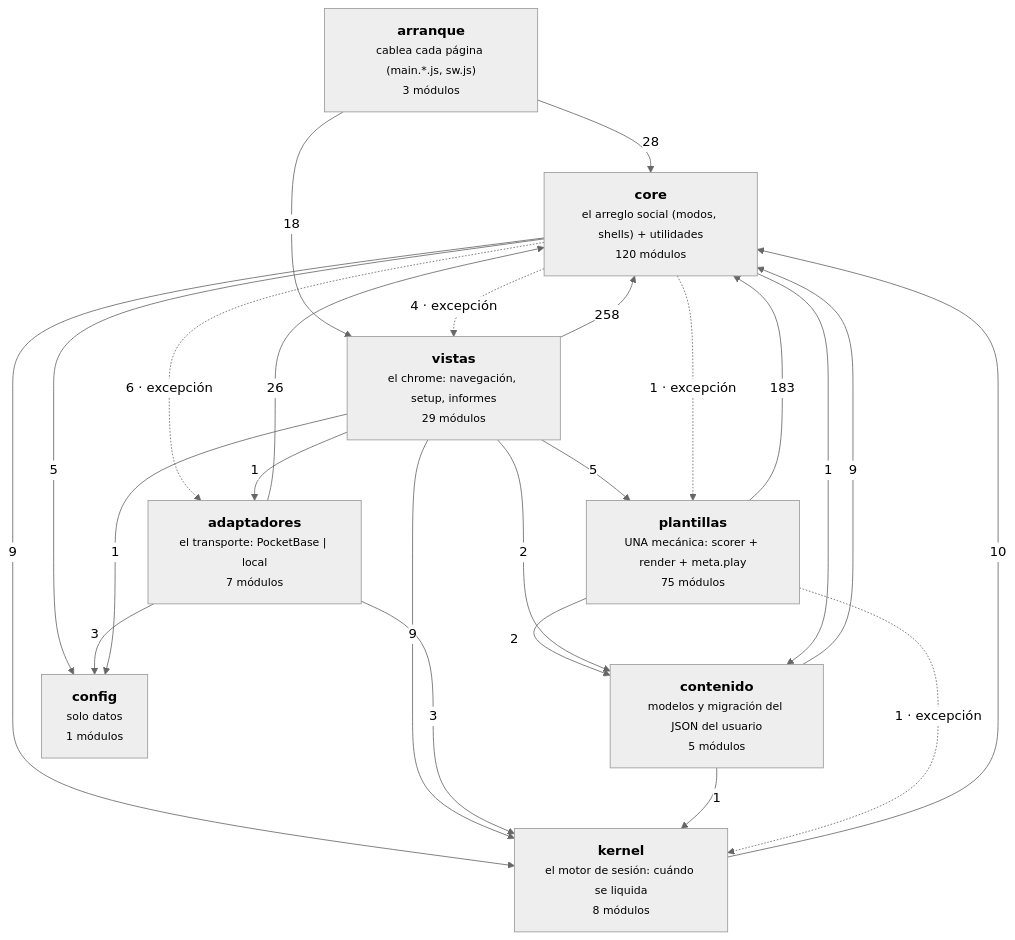
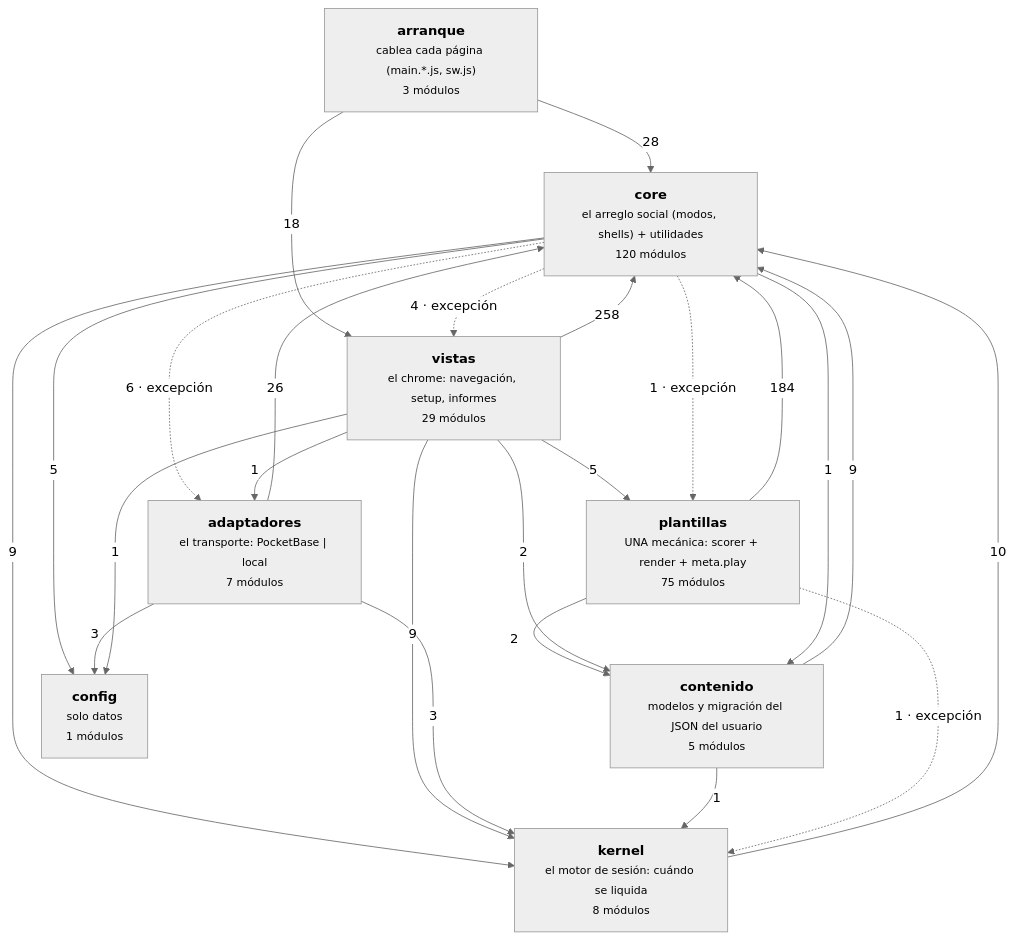
The diagram in docs/arquitectura-modulos.md (duecaz/ac), drawn with Mermaid (neutral theme) before and after one commit. The commit also changed other lines of this file and 6 other files, not shown here.

````diff
--- a/docs/arquitectura-modulos.md
+++ b/docs/arquitectura-modulos.md
@@ -49,34 +49,34 @@
 ```mermaid
 graph TD
   A["<b>arranque</b><br/><small>cablea cada página (main.*.js, sw.js)</small><br/><small>3 módulos</small>"]
   V["<b>vistas</b><br/><small>el chrome: navegación, setup, informes</small><br/><small>29 módulos</small>"]
   AD["<b>adaptadores</b><br/><small>el transporte: PocketBase | local</small><br/><small>7 módulos</small>"]
   C["<b>core</b><br/><small>el arreglo social (modos, shells) + utilidades</small><br/><small>120 módulos</small>"]
   K["<b>kernel</b><br/><small>el motor de sesión: cuándo se liquida</small><br/><small>8 módulos</small>"]
   T["<b>plantillas</b><br/><small>UNA mecánica: scorer + render + meta.play</small><br/><small>75 módulos</small>"]
   CO["<b>contenido</b><br/><small>modelos y migración del JSON del usuario</small><br/><small>5 módulos</small>"]
   CF["<b>config</b><br/><small>solo datos</small><br/><small>1 módulos</small>"]
   V -->|258| C
-  T -->|183| C
+  T -->|184| C
   A -->|28| C
   AD -->|26| C
   A -->|18| V
   K -->|10| C
   C -->|9| K
   CO -->|9| C
   V -->|9| K
   C -.->|6 · excepción| AD
   C -->|5| CF
   V -->|5| T
   C -.->|4 · excepción| V
   AD -->|3| CF
   AD -->|3| K
   T -->|2| CO
   V -->|2| CO
   C -.->|1 · excepción| T
   C -->|1| CO
   CO -->|1| K
   T -.->|1 · excepción| K
   V -->|1| AD
   V -->|1| CF
 ```
````
